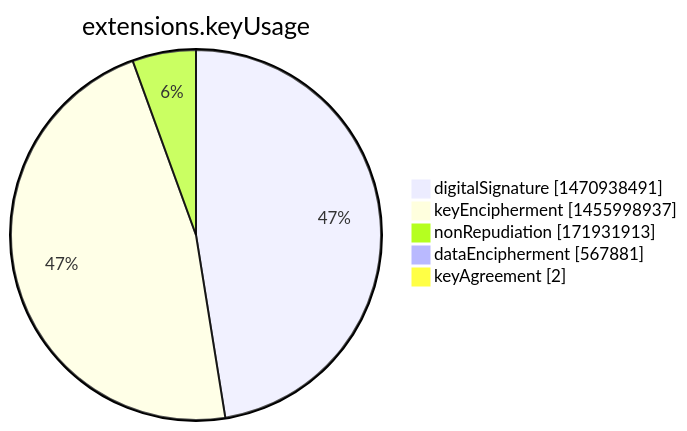
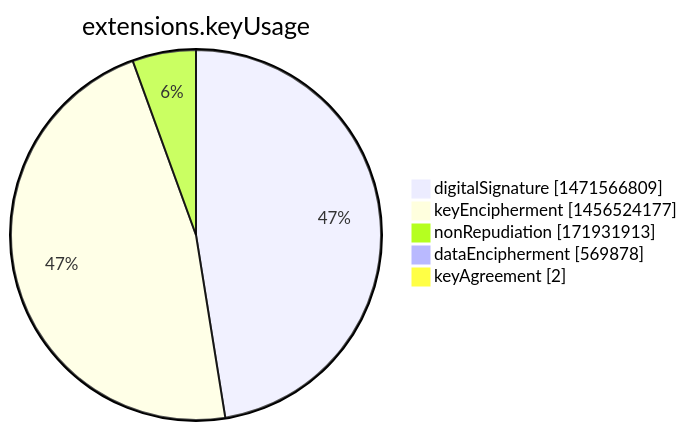
One commit to christiankrug/ctmonitor_visualization changed the seventh of 15 diagrams in argon2022/README.md. Above: the diagram before and after it, drawn with Mermaid. The commit also changed other lines of this file, not shown here.

````diff
--- a/argon2022/README.md
+++ b/argon2022/README.md
@@ -2751,9 +2751,9 @@
 ```mermaid
 pie showData
 title extensions.keyUsage
-"digitalSignature" :1470938491
-"keyEncipherment" :1455998937
+"digitalSignature" :1471566809
+"keyEncipherment" :1456524177
 "nonRepudiation" :171931913
-"dataEncipherment" :567881
+"dataEncipherment" :569878
 "keyAgreement" :2
 ```
````
